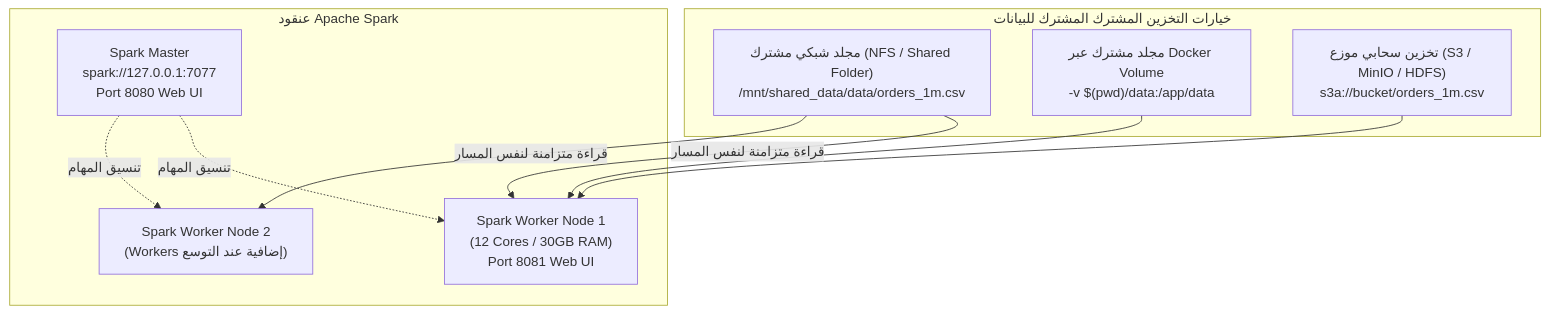
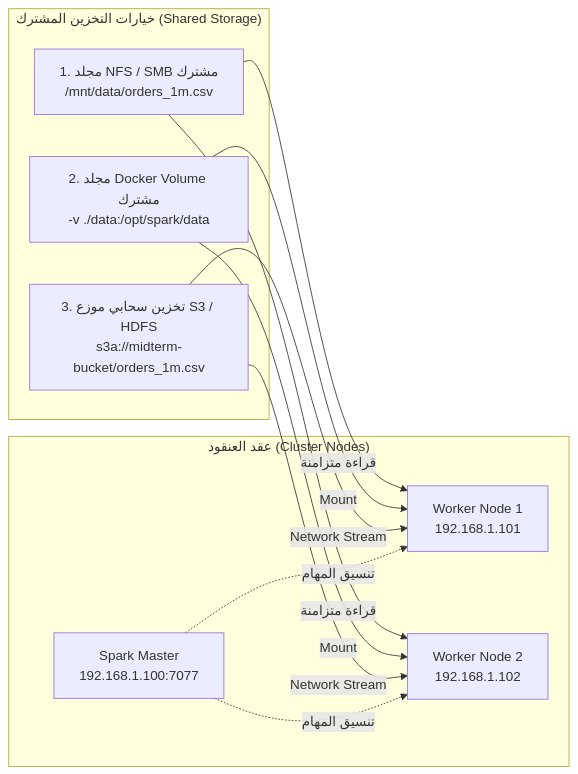
Before and after one commit to ateeqdesktop-dot/midterm-data-pipeline: the first of 2 diagrams in docs/cluster_guide.md, drawn with Mermaid. The commit also changed other lines of this file and 4 other files, not shown here.

Commit message:
docs & feat: add multi-node cluster scripts, docker-compose, and exhaustive cluster guide

````diff
--- a/docs/cluster_guide.md
+++ b/docs/cluster_guide.md
@@ -11,21 +50,23 @@
 ```mermaid
-flowchart TD
-    subgraph Storage ["خيارات التخزين المشترك المشترك للبيانات"]
-        NFS["مجلد شبكي مشترك (NFS / Shared Folder)<br/>/mnt/shared_data/data/orders_1m.csv"]
-        DOC["مجلد مشترك عبر Docker Volume<br/>-v $(pwd)/data:/app/data"]
-        OBJ["تخزين سحابي موزع (S3 / MinIO / HDFS)<br/>s3a://bucket/orders_1m.csv"]
+flowchart LR
+    subgraph Storage ["خيارات التخزين المشترك (Shared Storage)"]
+        NFS["1. مجلد NFS / SMB مشترك<br/>/mnt/data/orders_1m.csv"]
+        VOL["2. مجلد Docker Volume مشترك<br/>-v ./data:/opt/spark/data"]
+        S3["3. تخزين سحابي موزع S3 / HDFS<br/>s3a://midterm-bucket/orders_1m.csv"]
     end
 
-    subgraph Cluster ["عنقود Apache Spark"]
-        Master["Spark Master<br/>spark://127.0.0.1:7077<br/>Port 8080 Web UI"]
-        Worker1["Spark Worker Node 1<br/>(12 Cores / 30GB RAM)<br/>Port 8081 Web UI"]
-        Worker2["Spark Worker Node 2<br/>(Workers إضافية عند التوسع)"]
+    subgraph ClusterNodes ["عقد العنقود (Cluster Nodes)"]
+        M["Spark Master<br/>192.168.1.100:7077"]
+        W1["Worker Node 1<br/>192.168.1.101"]
+        W2["Worker Node 2<br/>192.168.1.102"]
     end
 
-    NFS -->|قراءة متزامنة لنفس المسار| Worker1
-    NFS -->|قراءة متزامنة لنفس المسار| Worker2
-    DOC --> Worker1
-    OBJ --> Worker1
-    Master -.->|تنسيق المهام| Worker1
-    Master -.->|تنسيق المهام| Worker2
+    NFS -->|قراءة متزامنة| W1
+    NFS -->|قراءة متزامنة| W2
+    VOL -->|Mount| W1
+    VOL -->|Mount| W2
+    S3 -->|Network Stream| W1
+    S3 -->|Network Stream| W2
+    M -.->|تنسيق المهام| W1
+    M -.->|تنسيق المهام| W2
 ```
````
